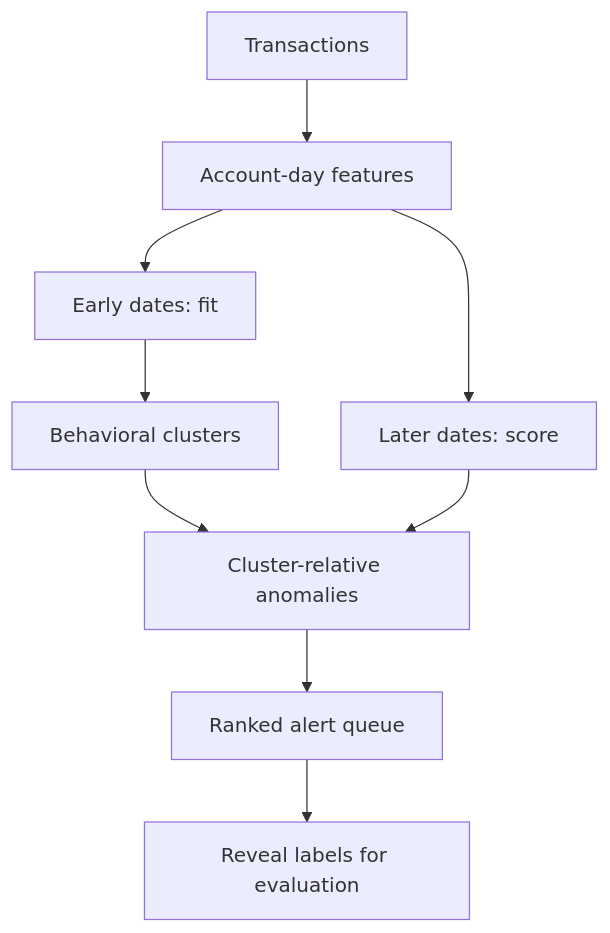
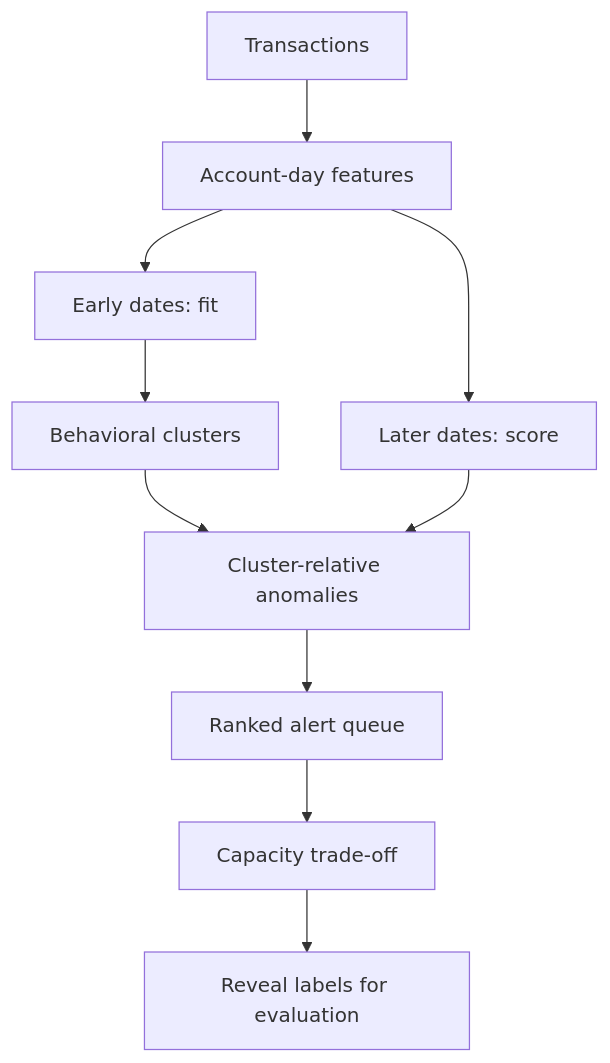
The diagram in README.md (lidonmiguel/signalgraph-aml), drawn with Mermaid before and after one commit. The commit also changed other lines of this file and 29 other files, not shown here.

````diff
--- a/README.md
+++ b/README.md
@@ -93,11 +105,12 @@
 ```mermaid
 flowchart TD
     A["Transactions"] --> B["Account-day features"]
     B --> C["Early dates: fit"]
     B --> D["Later dates: score"]
     C --> E["Behavioral clusters"]
     E --> F["Cluster-relative anomalies"]
     D --> F
     F --> G["Ranked alert queue"]
-    G --> H["Reveal labels for evaluation"]
+    G --> H["Capacity trade-off"]
+    H --> I["Reveal labels for evaluation"]
 ```
````
